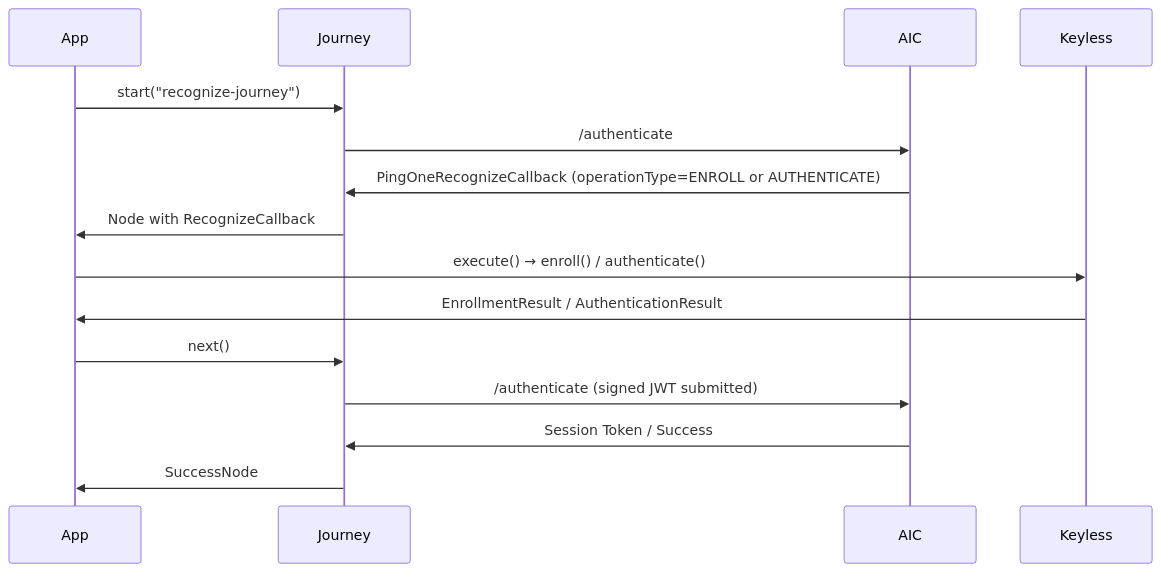
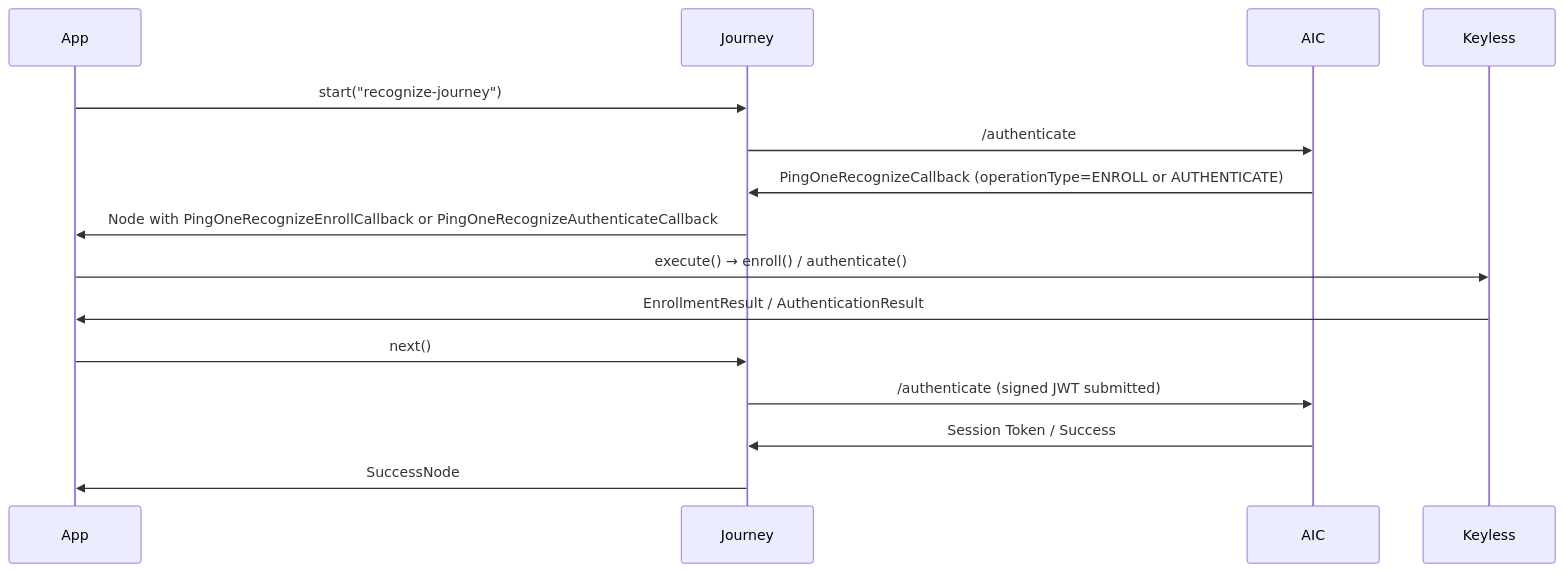
Before and after one commit to gabrielocci/ping-ios-sdk: the diagram in Recognize/README.md, drawn with Mermaid. The commit also changed other lines of this file and 7 other files, not shown here.

Commit message:
docs: register PingRecognize module in docs, changelog, and release tooling

````diff
--- a/Recognize/README.md
+++ b/Recognize/README.md
@@ -62,18 +62,18 @@
 ```mermaid
 sequenceDiagram
     participant App
     participant Journey
     participant AIC
     participant Keyless
 
     App ->> Journey: start("recognize-journey")
     Journey ->> AIC: /authenticate
     AIC ->> Journey: PingOneRecognizeCallback (operationType=ENROLL or AUTHENTICATE)
-    Journey ->> App: Node with RecognizeCallback
+    Journey ->> App: Node with PingOneRecognizeEnrollCallback or PingOneRecognizeAuthenticateCallback
     App ->> Keyless: execute() → enroll() / authenticate()
     Keyless ->> App: EnrollmentResult / AuthenticationResult
     App ->> Journey: next()
     Journey ->> AIC: /authenticate (signed JWT submitted)
     AIC ->> Journey: Session Token / Success
     Journey ->> App: SuccessNode
 ```
````
